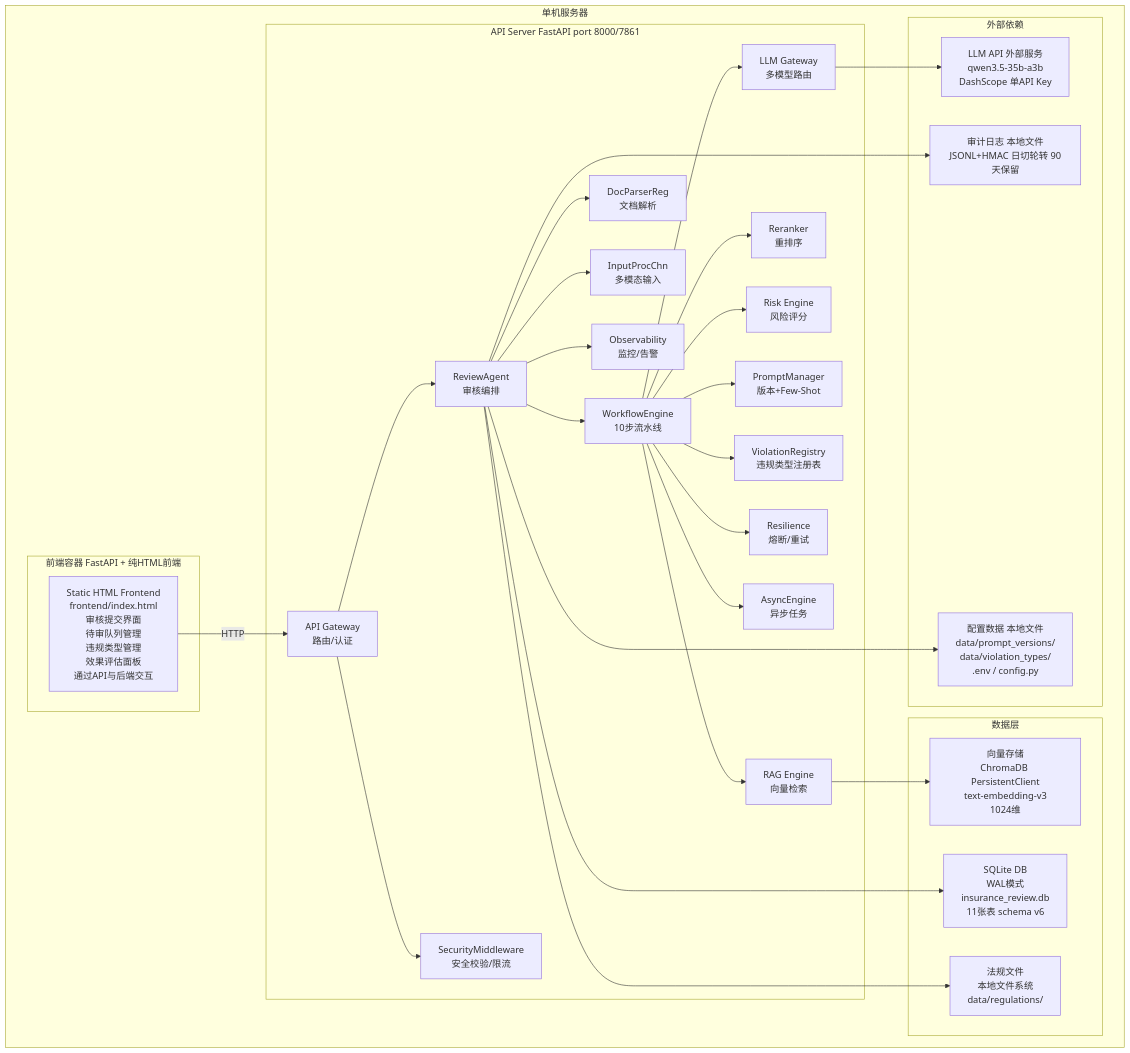
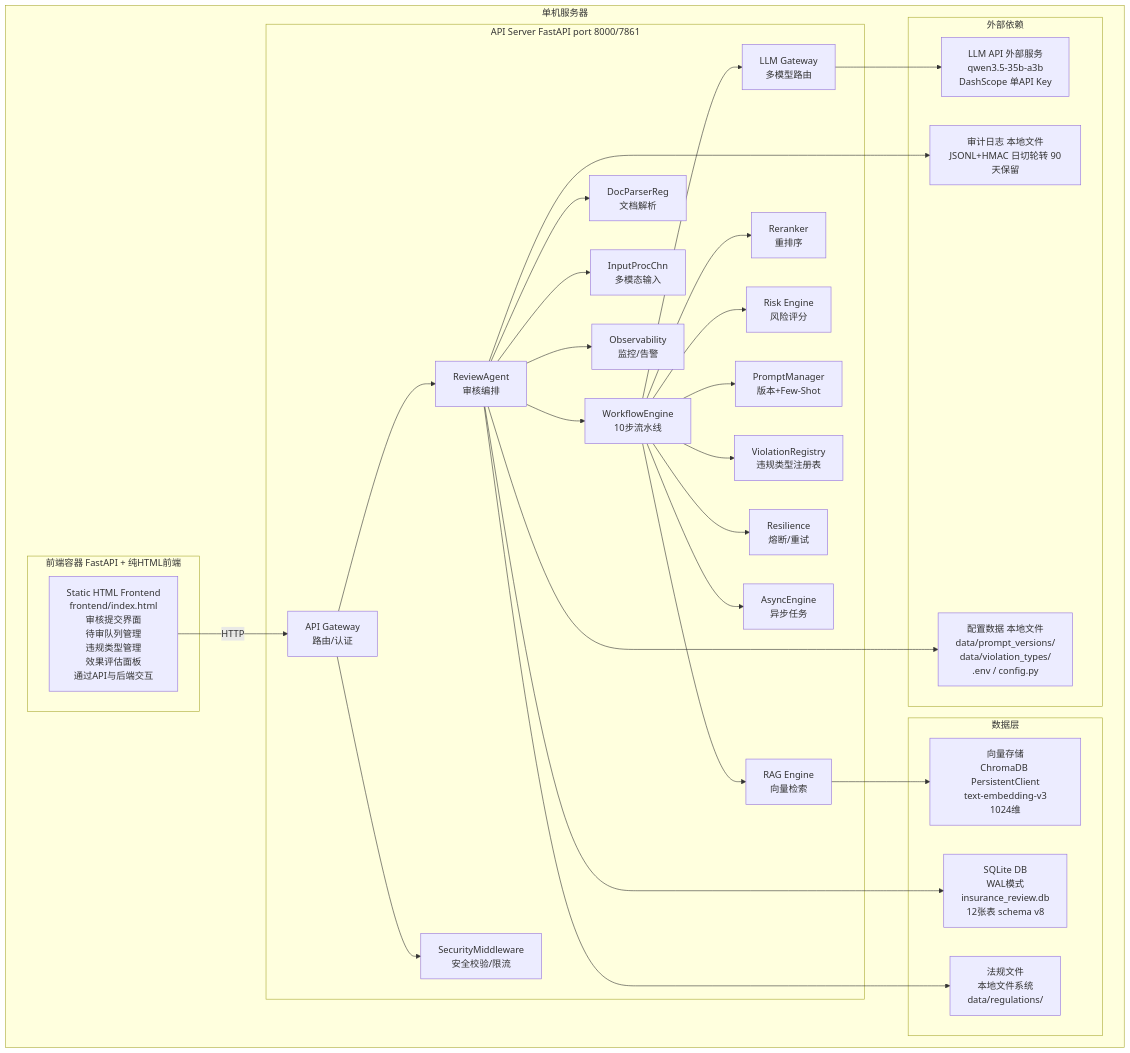
One commit to elaine2233/AI-Agent-RAG-for-complaince changed the second of 5 diagrams in docs/archive/architecture-demo.md. Above: the diagram before and after it, drawn with Mermaid. The commit also changed 8 other files, not shown here.

````diff
--- a/docs/archive/architecture-demo.md
+++ b/docs/archive/architecture-demo.md
@@ -82,60 +82,60 @@
 ```mermaid
 flowchart TB
     subgraph server [单机服务器]
         subgraph frontend [前端容器 FastAPI + 纯HTML前端]
             HTML[Static HTML Frontend<br/>frontend/index.html<br/>审核提交界面<br/>待审队列管理<br/>违规类型管理<br/>效果评估面板<br/>通过API与后端交互]
         end
 
         subgraph apiserver [API Server FastAPI port 8000/7861]
             GW[API Gateway<br/>路由/认证]
             RA[ReviewAgent<br/>审核编排]
             SM[SecurityMiddleware<br/>安全校验/限流]
             WE[WorkflowEngine<br/>10步流水线]
             LG[LLM Gateway<br/>多模型路由]
             RE[Risk Engine<br/>风险评分]
             RAG[RAG Engine<br/>向量检索]
             RR[Reranker<br/>重排序]
             PM[PromptManager<br/>版本+Few-Shot]
             DP[DocParserReg<br/>文档解析]
             IP[InputProcChn<br/>多模态输入]
             VR[ViolationRegistry<br/>违规类型注册表]
             OB[Observability<br/>监控/告警]
             RS[Resilience<br/>熔断/重试]
             AE[AsyncEngine<br/>异步任务]
         end
 
         subgraph data [数据层]
-            SQLITEDB[SQLite DB<br/>WAL模式<br/>insurance_review.db<br/>11张表 schema v6]
+            SQLITEDB[SQLite DB<br/>WAL模式<br/>insurance_review.db<br/>12张表 schema v8]
             VECTOR[向量存储<br/>ChromaDB PersistentClient<br/>text-embedding-v3<br/>1024维]
             REGS[法规文件<br/>本地文件系统<br/>data/regulations/]
         end
 
         subgraph extdep [外部依赖]
             LLMDEP[LLM API 外部服务<br/>qwen3.5-35b-a3b<br/>DashScope 单API Key]
             AUDIT[审计日志 本地文件<br/>JSONL+HMAC 日切轮转 90天保留]
             CONFIG[配置数据 本地文件<br/>data/prompt_versions/<br/>data/violation_types/<br/>.env / config.py]
         end
     end
 
     HTML -->|HTTP| GW
     GW --> RA
     RA --> WE
     WE --> LG
     WE --> RAG
     WE --> RR
     WE --> RE
     RAG --> VECTOR
     LG --> LLMDEP
     RA --> SQLITEDB
     RA --> REGS
     RA --> AUDIT
     RA --> CONFIG
     GW --> SM
     WE --> PM
     WE --> VR
     WE --> RS
     WE --> AE
     RA --> DP
     RA --> IP
     RA --> OB
 ```
````
